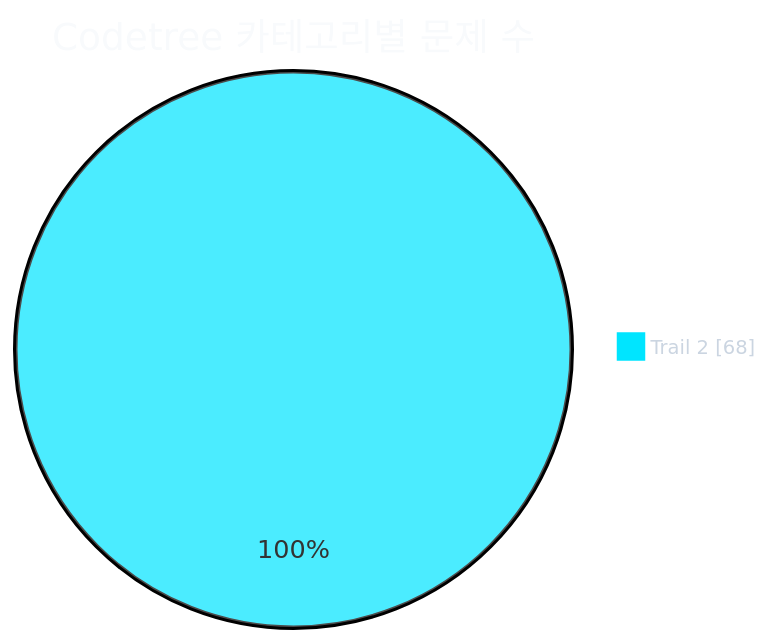
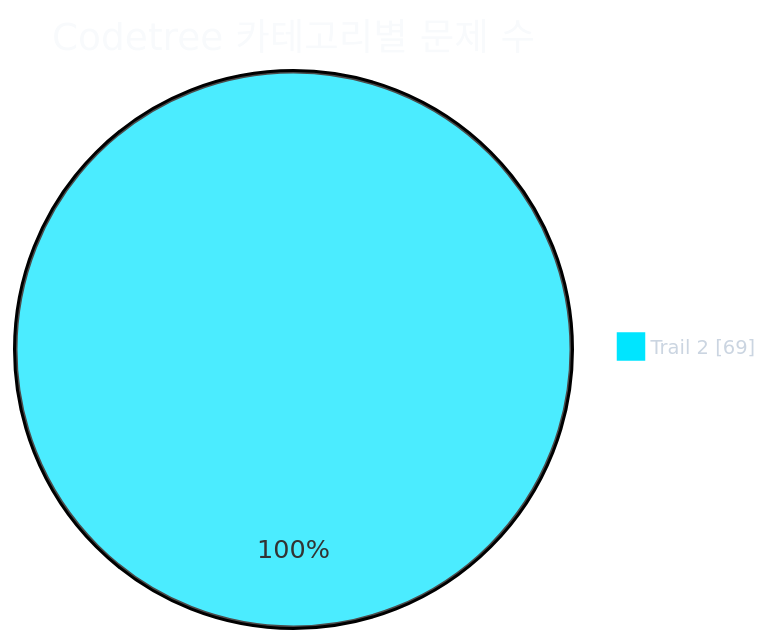
One commit to CHOOSLA/Algorithm changed the first of 2 diagrams in readme.md. Above: the diagram before and after it, drawn with Mermaid. The commit also changed other lines of this file and 2 other files, not shown here.

````diff
--- a/readme.md
+++ b/readme.md
@@ -31,21 +31,21 @@
 ```mermaid
 ---
 config:
   theme: base
   themeVariables:
     background: '#0d1117'
     pieTitleTextColor: '#f8fafc'
     pieLegendTextColor: '#cbd5e1'
     pieLegendTextSize: '13px'
     pie1: '#00e5ff'
     pie2: '#22c55e'
     pie3: '#f59e0b'
     pie4: '#a855f7'
     pie5: '#ec4899'
     pie6: '#3b82f6'
     pie7: '#64748b'
 ---
 pie showData
   title Codetree 카테고리별 문제 수
-  "Trail 2" : 68
+  "Trail 2" : 69
 ```
````
